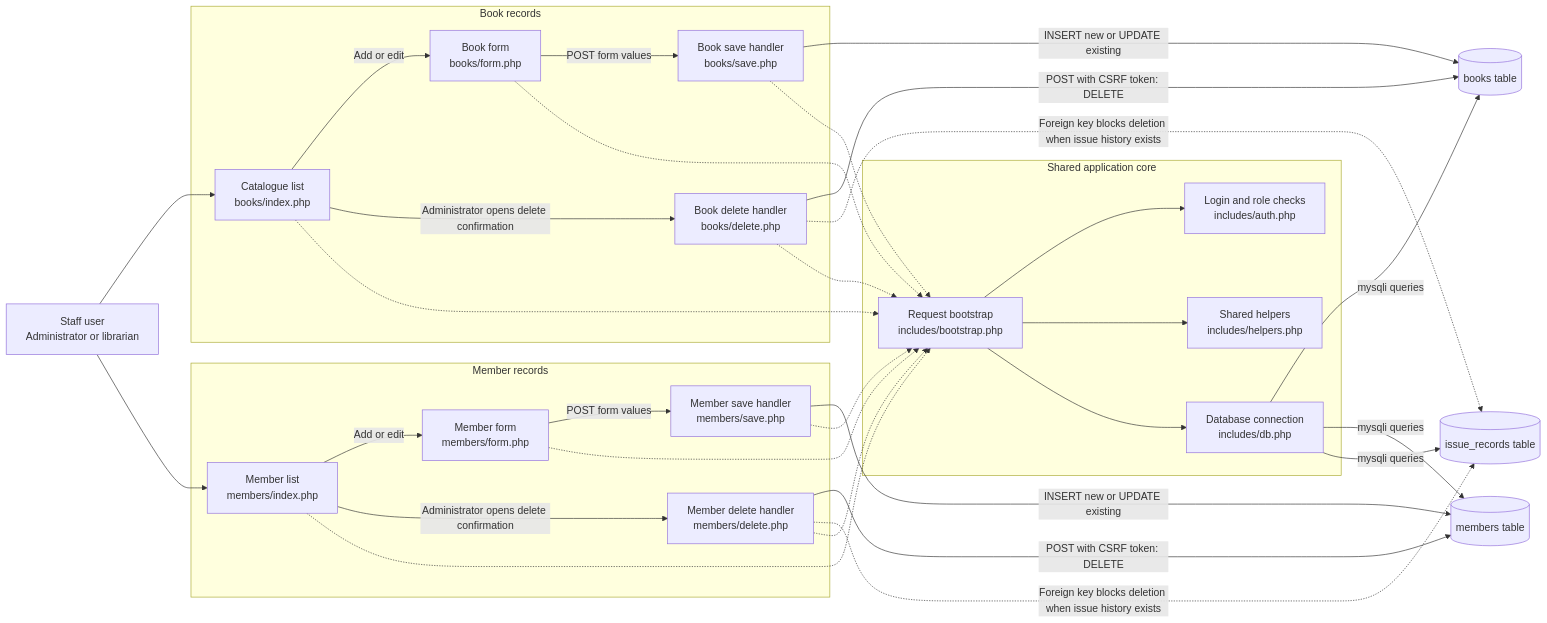
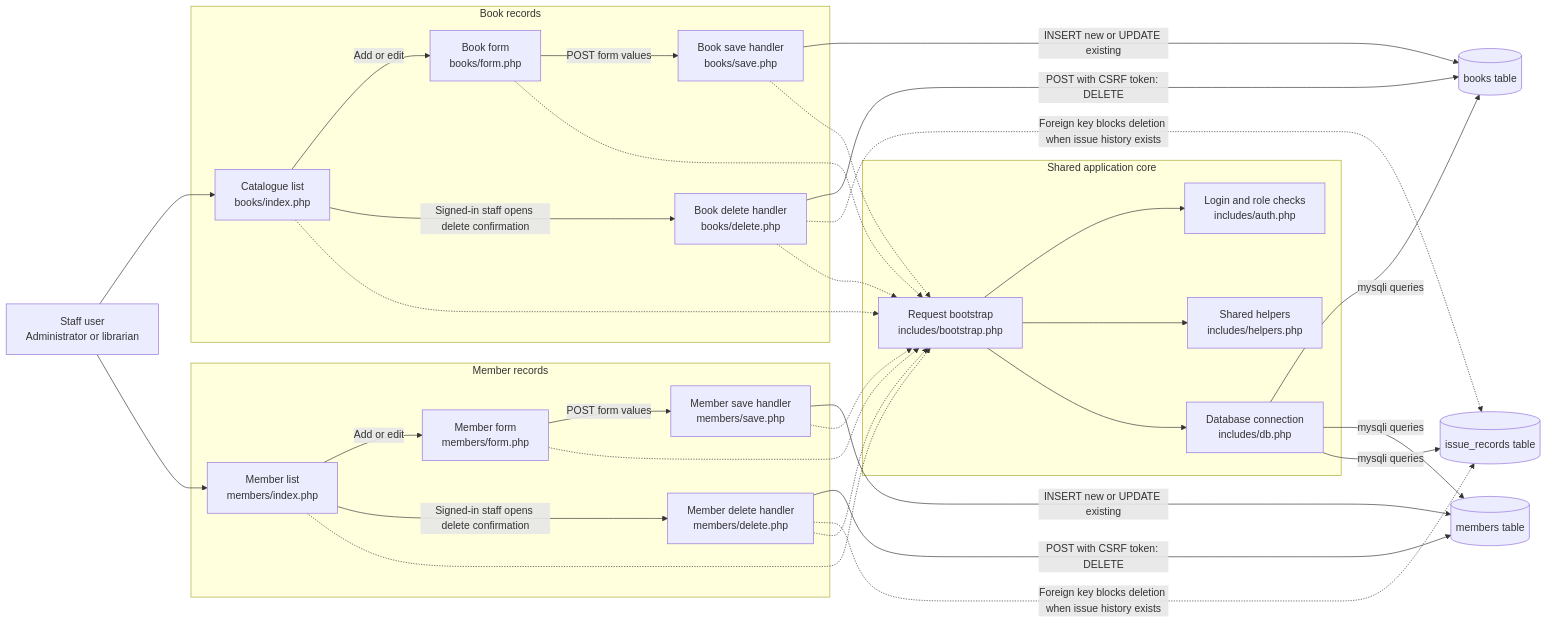
Before and after one commit to chandanprajapat-7568/LibraryFlow: the diagram in README.md, drawn with Mermaid. The commit also changed other lines of this file and 5 other files, not shown here.

Commit message:
Allow signed-in staff to delete library records

````diff
--- a/README.md
+++ b/README.md
@@ -21,57 +21,57 @@
 ```mermaid
 flowchart LR
     Staff["Staff user<br/>Administrator or librarian"]
 
     subgraph BookWorkflow[Book records]
         BookList["Catalogue list<br/>books/index.php"]
         BookForm["Book form<br/>books/form.php"]
         BookSave["Book save handler<br/>books/save.php"]
         BookDelete["Book delete handler<br/>books/delete.php"]
         BookList -->|Add or edit| BookForm
         BookForm -->|POST form values| BookSave
-        BookList -->|Administrator opens delete confirmation| BookDelete
+        BookList -->|Signed-in staff opens delete confirmation| BookDelete
     end
 
     subgraph MemberWorkflow[Member records]
         MemberList["Member list<br/>members/index.php"]
         MemberForm["Member form<br/>members/form.php"]
         MemberSave["Member save handler<br/>members/save.php"]
         MemberDelete["Member delete handler<br/>members/delete.php"]
         MemberList -->|Add or edit| MemberForm
         MemberForm -->|POST form values| MemberSave
-        MemberList -->|Administrator opens delete confirmation| MemberDelete
+        MemberList -->|Signed-in staff opens delete confirmation| MemberDelete
     end
 
     Staff --> BookList
     Staff --> MemberList
 
     BookDelete -->|POST with CSRF token: DELETE| Books[("books table")]
     BookSave -->|INSERT new or UPDATE existing| Books
     MemberDelete -->|POST with CSRF token: DELETE| Members[("members table")]
     MemberSave -->|INSERT new or UPDATE existing| Members
 
     BookDelete -.->|Foreign key blocks deletion when issue history exists| Issues[("issue_records table")]
     MemberDelete -.->|Foreign key blocks deletion when issue history exists| Issues
 
     subgraph SharedCore[Shared application core]
         Bootstrap["Request bootstrap<br/>includes/bootstrap.php"]
         Auth["Login and role checks<br/>includes/auth.php"]
         Helpers["Shared helpers<br/>includes/helpers.php"]
         Database["Database connection<br/>includes/db.php"]
         Bootstrap --> Auth
         Bootstrap --> Helpers
         Bootstrap --> Database
     end
 
     BookList -.-> Bootstrap
     BookForm -.-> Bootstrap
     BookSave -.-> Bootstrap
     BookDelete -.-> Bootstrap
     MemberList -.-> Bootstrap
     MemberForm -.-> Bootstrap
     MemberSave -.-> Bootstrap
     MemberDelete -.-> Bootstrap
     Database -->|mysqli queries| Books
     Database -->|mysqli queries| Members
     Database -->|mysqli queries| Issues
 ```
````
